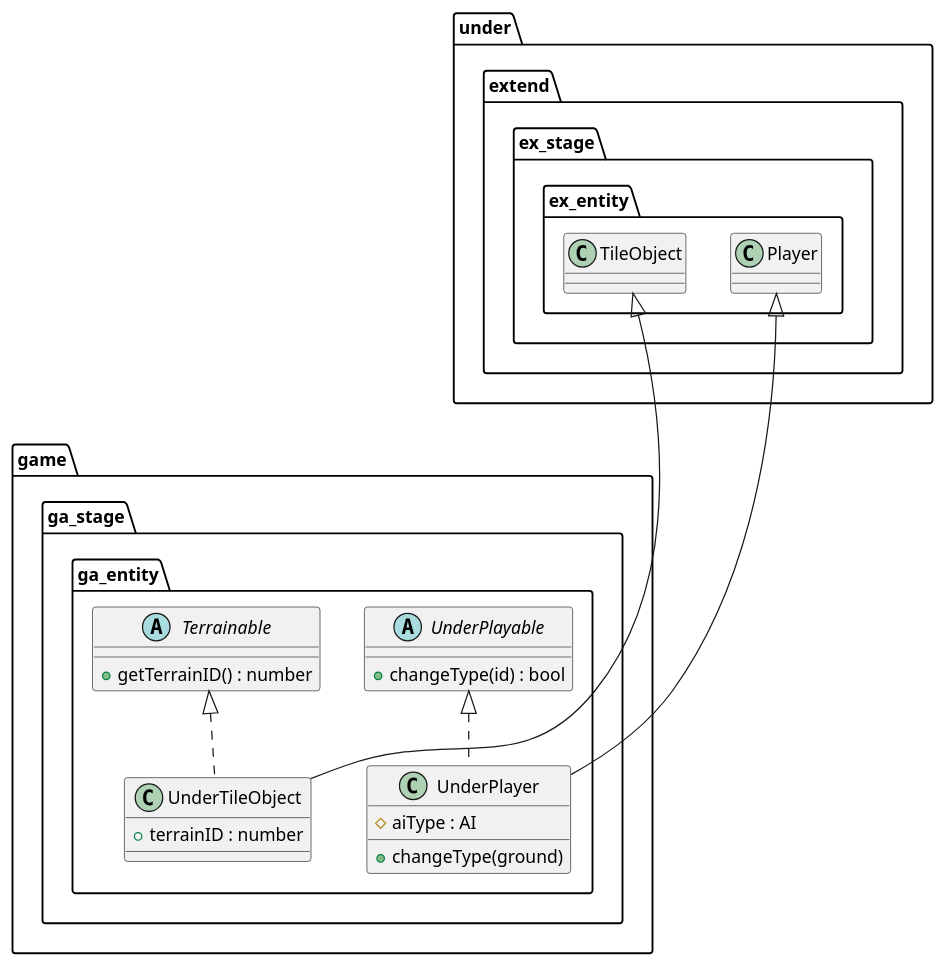
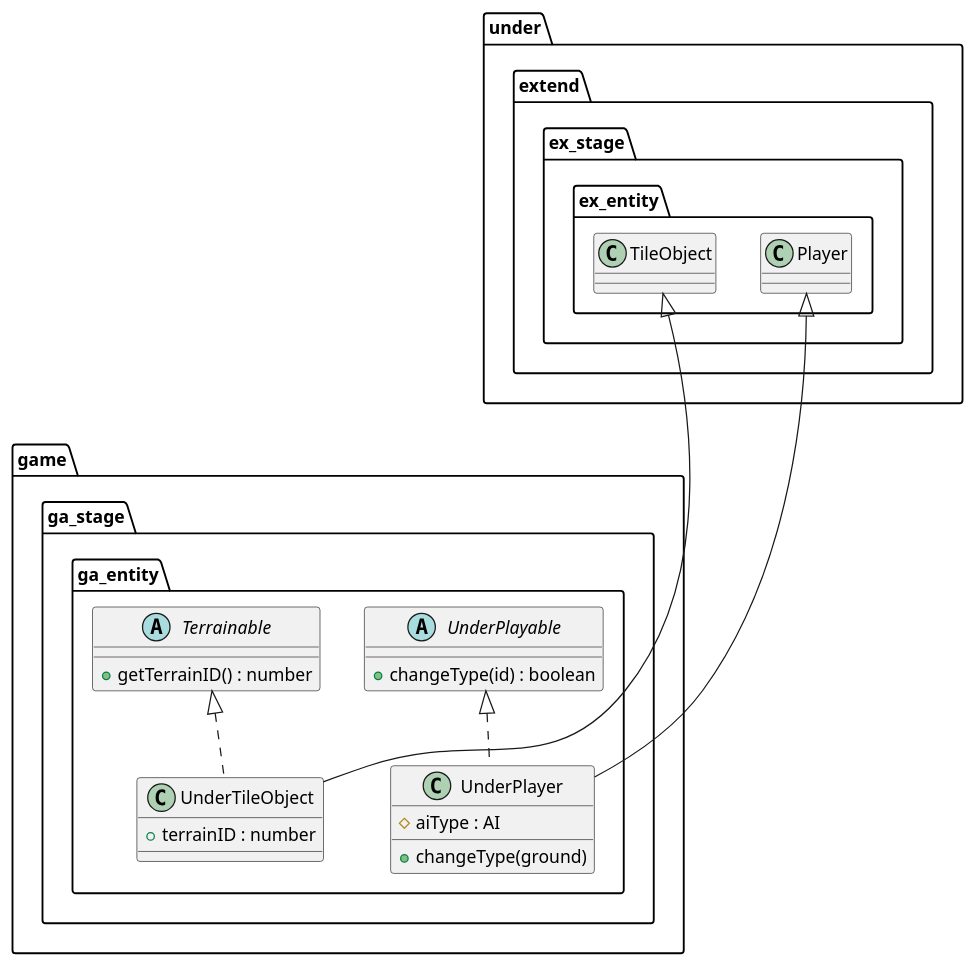
One commit to Expine/Under changed the diagram in uml/entity/Game.wsd. Above: the diagram before and after it, drawn with PlantUML. The commit also changed 111 other files, not shown here.

Commit message:
Fix entity base uml

```diff
--- a/uml/entity/Game.wsd
+++ b/uml/entity/Game.wsd
@@ -1,38 +1,38 @@
 @startuml EntityGame
 package game {
     package ga_stage {
         package ga_entity {
             class UnderPlayer {
                 #aiType : AI
                 +changeType(ground)
             }
             class UnderTileObject {
                 +terrainID : number
             }
             abstract UnderPlayable {
-                +changeType(id) : bool
+                +changeType(id) : boolean
             }
             abstract Terrainable {
                 +getTerrainID() : number
             }
         }
     }
 }
 
 package under {
     package extend {
         package ex_stage {
             package ex_entity {
                 class TileObject
                 class Player
             }
         }
     }
 }
 
 Player <|---- UnderPlayer
 UnderPlayable <|.. UnderPlayer
 TileObject <|---- UnderTileObject
 Terrainable <|.. UnderTileObject
 
 @enduml
```
